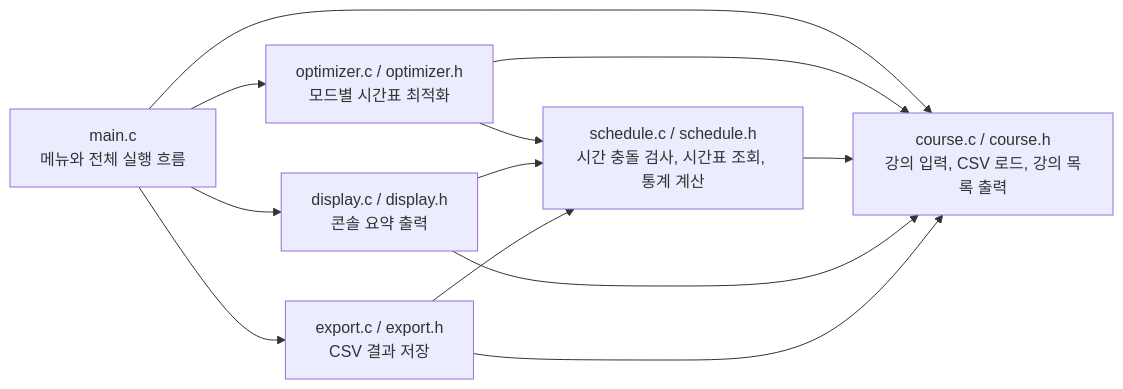
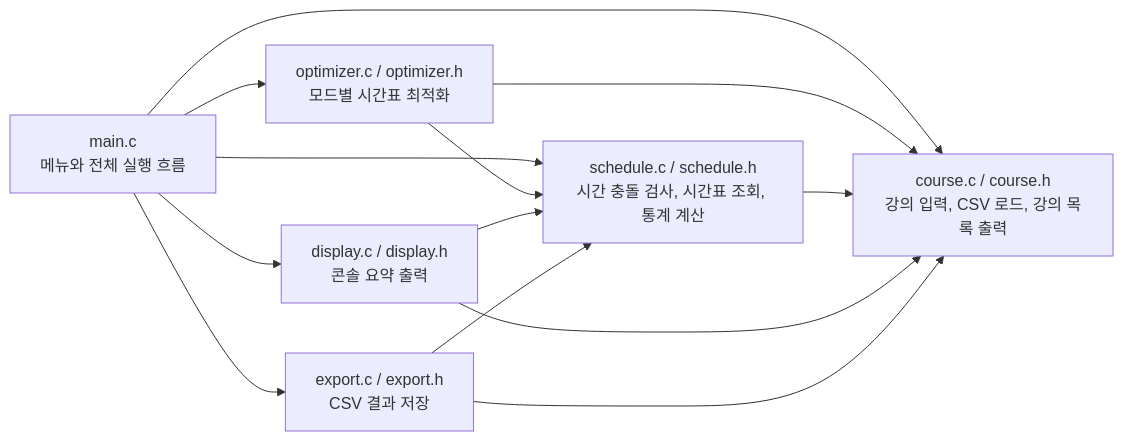
One commit to saltyming/cau_schedule changed the diagram in docs/project-architecture.md. Above: the diagram before and after it, drawn with Mermaid. The commit also changed 5 other files, not shown here.

````diff
--- a/docs/project-architecture.md
+++ b/docs/project-architecture.md
@@ -5,25 +5,26 @@
 ```mermaid
 flowchart LR
   main["main.c<br/>메뉴와 전체 실행 흐름"]
   course["course.c / course.h<br/>강의 입력, CSV 로드, 강의 목록 출력"]
   schedule["schedule.c / schedule.h<br/>시간 충돌 검사, 시간표 조회, 통계 계산"]
   optimizer["optimizer.c / optimizer.h<br/>모드별 시간표 최적화"]
   display["display.c / display.h<br/>콘솔 요약 출력"]
   export["export.c / export.h<br/>CSV 결과 저장"]
 
   main --> course
+  main --> schedule
   main --> optimizer
   main --> display
   main --> export
 
   optimizer --> schedule
   optimizer --> course
 
   schedule --> course
 
   display --> schedule
   display --> course
 
   export --> schedule
   export --> course
 ```
````
